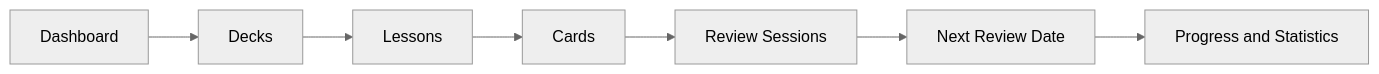
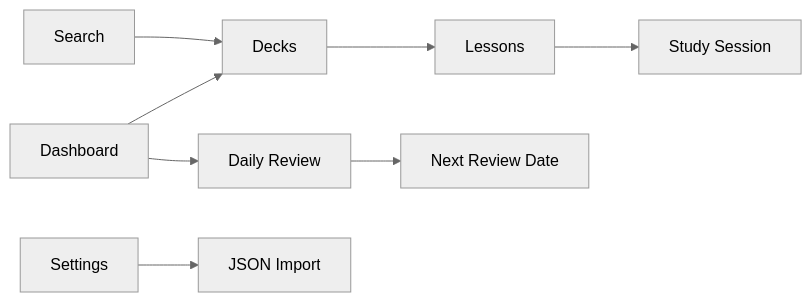
One commit to pvnpll/revia changed the second of 2 diagrams in revia/docs/application/layman-guide.md. Above: the diagram before and after it, drawn with Mermaid (neutral theme). The commit also changed other lines of this file and 9 other files, not shown here.

````diff
--- a/revia/docs/application/layman-guide.md
+++ b/revia/docs/application/layman-guide.md
@@ -81,9 +69,10 @@
 ```mermaid
 flowchart LR
   Dashboard[Dashboard] --> Decks[Decks]
   Decks --> Lessons[Lessons]
-  Lessons --> Cards[Cards]
-  Cards --> Review[Review Sessions]
+  Lessons --> Study[Study Session]
+  Dashboard --> Review[Daily Review]
   Review --> Scheduling[Next Review Date]
-  Scheduling --> Statistics[Progress and Statistics]
+  Settings[Settings] --> Import[JSON Import]
+  Search[Search] --> Decks
 ```
````
